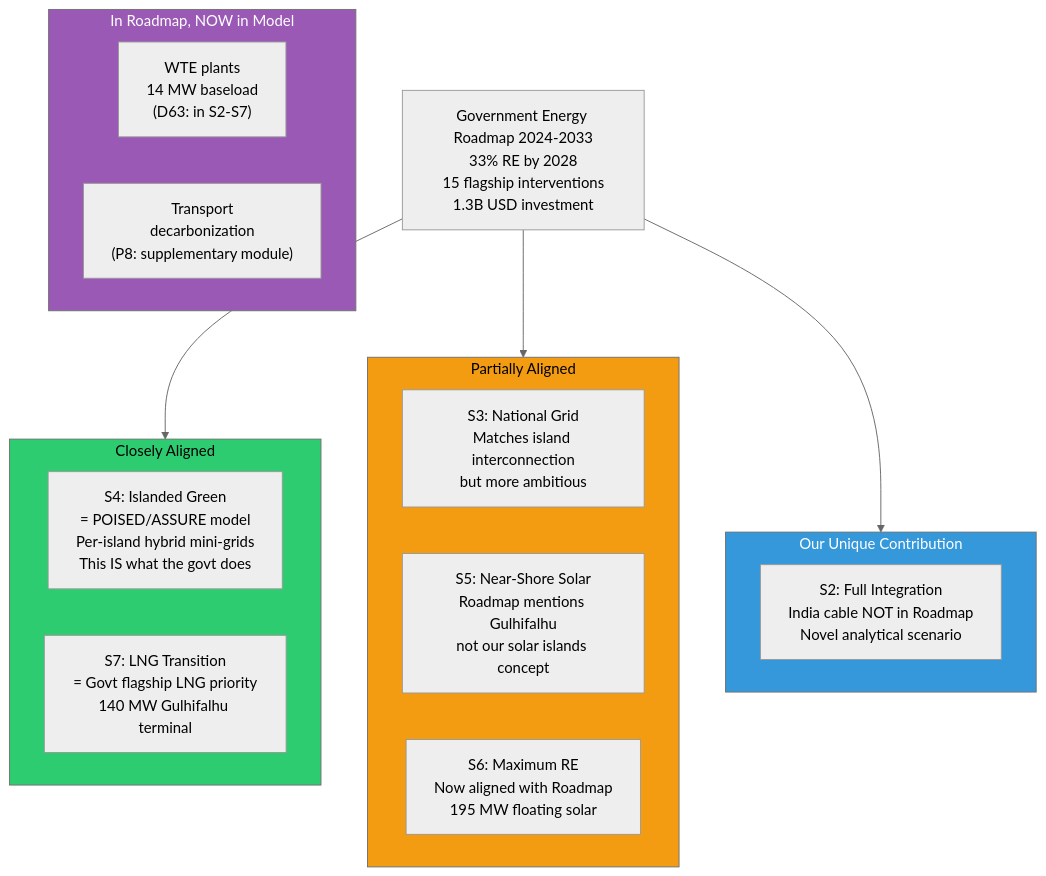
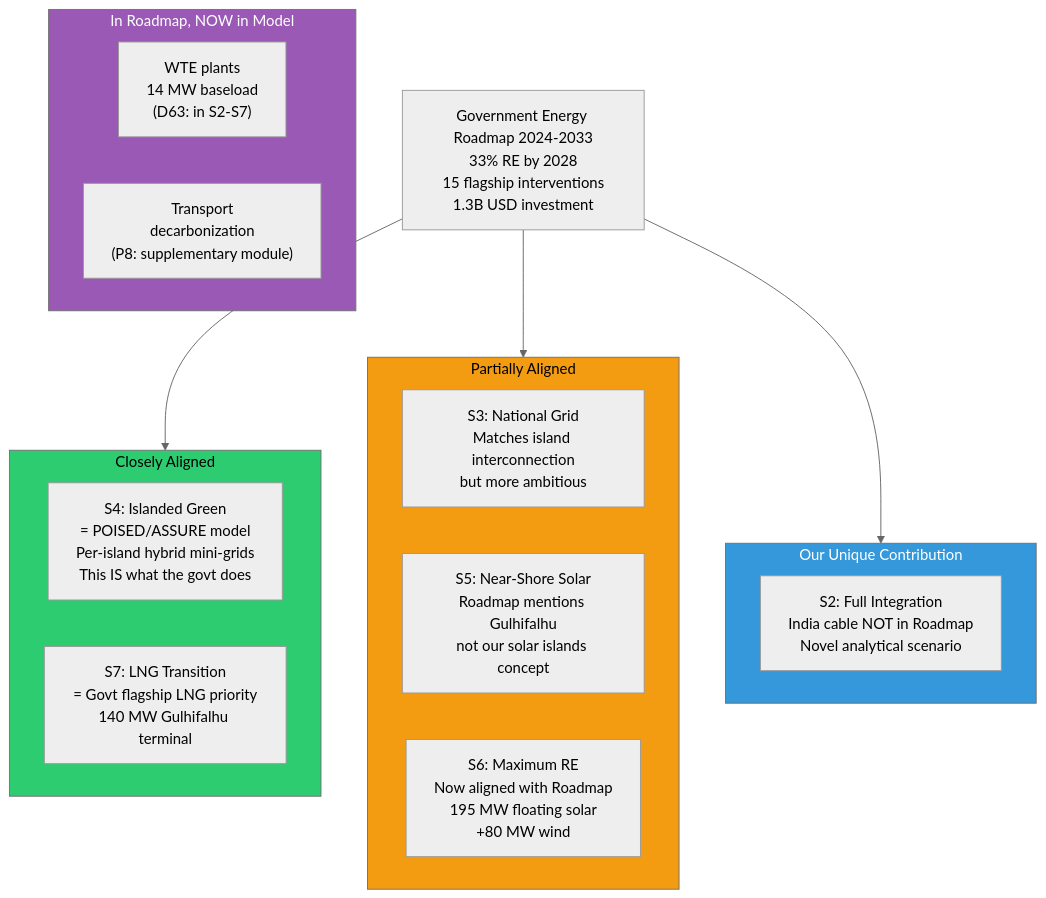
Before and after one commit to lsempe77/CBA_Maldives: diagram 13 of 16 in Maldives/SCENARIO_GUIDE.md, drawn with Mermaid (neutral theme). The commit also changed other lines of this file and 89 other files, not shown here.

````diff
--- a/Maldives/SCENARIO_GUIDE.md
+++ b/Maldives/SCENARIO_GUIDE.md
@@ -633,33 +634,33 @@
 ```mermaid
 flowchart TD
     GOV["Government Energy Roadmap 2024-2033\n33% RE by 2028\n15 flagship interventions\n1.3B USD investment"]
 
     GOV --> ALIGNED
     GOV --> PARTIAL
     GOV --> NOVEL
 
     subgraph ALIGNED["Closely Aligned"]
         A1["S4: Islanded Green\n= POISED/ASSURE model\nPer-island hybrid mini-grids\nThis IS what the govt does"]
         A1b["S7: LNG Transition\n= Govt flagship LNG priority\n140 MW Gulhifalhu terminal"]
     end
 
     subgraph PARTIAL["Partially Aligned"]
         A2["S3: National Grid\nMatches island interconnection\nbut more ambitious"]
         A3["S5: Near-Shore Solar\nRoadmap mentions Gulhifalhu\nnot our solar islands concept"]
-        A4["S6: Maximum RE\nNow aligned with Roadmap\n195 MW floating solar"]
+        A4["S6: Maximum RE\nNow aligned with Roadmap\n195 MW floating solar\n+80 MW wind"]
     end
 
     subgraph NOVEL["Our Unique Contribution"]
         A5["S2: Full Integration\nIndia cable NOT in Roadmap\nNovel analytical scenario"]
     end
 
     subgraph COVERED["In Roadmap, NOW in Model"]
         A7["WTE plants\n14 MW baseload\n(D63: in S2-S7)"]
         A8["Transport\ndecarbonization\n(P8: supplementary module)"]
     end
 
     style ALIGNED fill:#2ecc71,color:#000
     style PARTIAL fill:#f39c12,color:#000
     style NOVEL fill:#3498db,color:#fff
     style COVERED fill:#9b59b6,color:#fff
 ```
````
